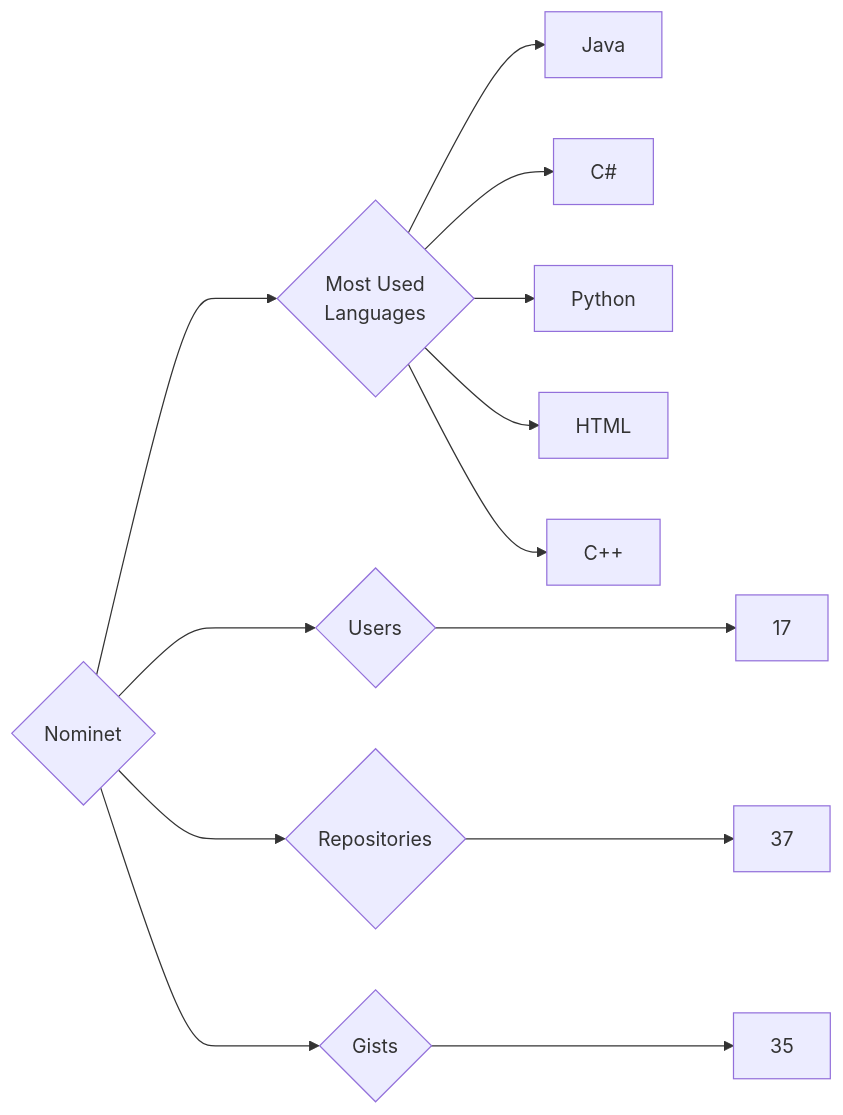
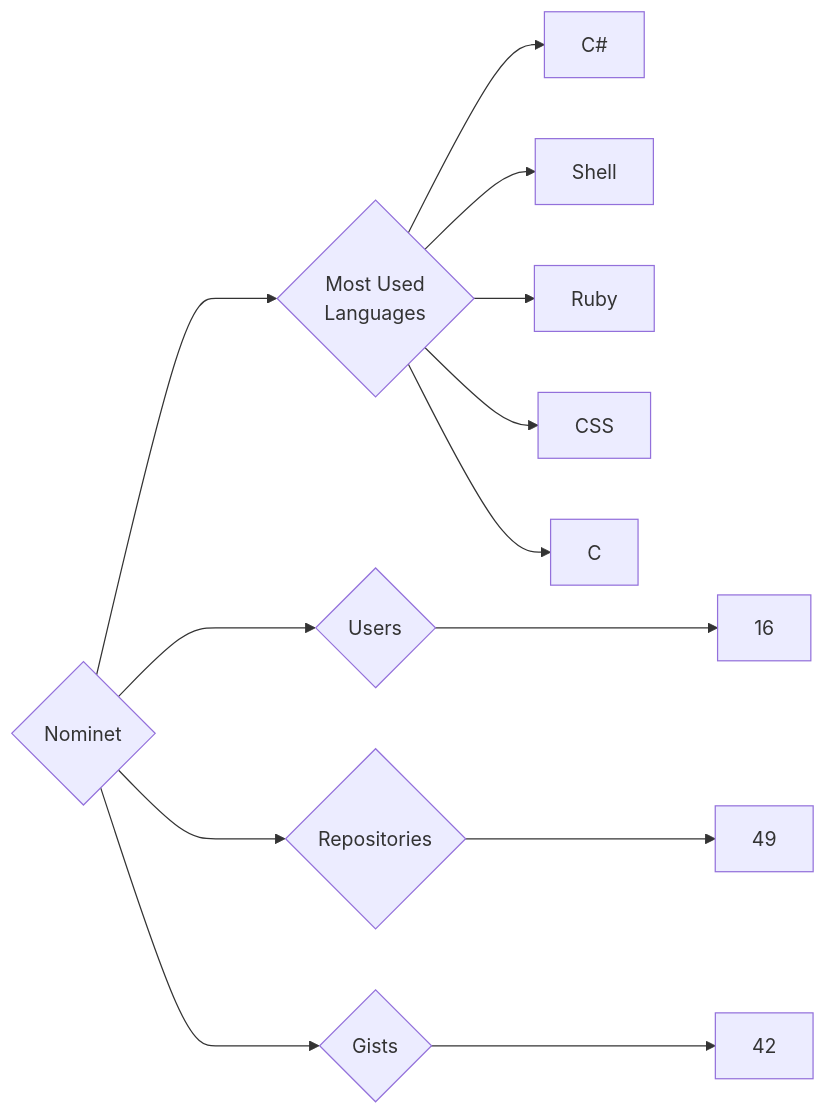
One commit to trickest/insiders changed the diagram in targets/Nominet/README.md. Above: the diagram before and after it, drawn with Mermaid. The commit also changed 1011 other files, not shown here.

````diff
--- a/targets/Nominet/README.md
+++ b/targets/Nominet/README.md
@@ -3,13 +3,13 @@
 ```mermaid
 graph LR
 COMPANY_NAME{Nominet}
-COMPANY_NAME ---> U{Users} ---> UN[17]
-COMPANY_NAME ---> R{Repositories} ---> RN[37]
-COMPANY_NAME ---> G{Gists} ---> GN[35]
+COMPANY_NAME ---> U{Users} ---> UN[16]
+COMPANY_NAME ---> R{Repositories} ---> RN[49]
+COMPANY_NAME ---> G{Gists} ---> GN[42]
 COMPANY_NAME ---> ML{Most Used<br>Languages}
-ML --> Java[Java]
 ML --> C#[C#]
-ML --> Python[Python]
-ML --> HTML[HTML]
-ML --> C++[C++]
+ML --> Shell[Shell]
+ML --> Ruby[Ruby]
+ML --> CSS[CSS]
+ML --> C[C]
 ```
````
